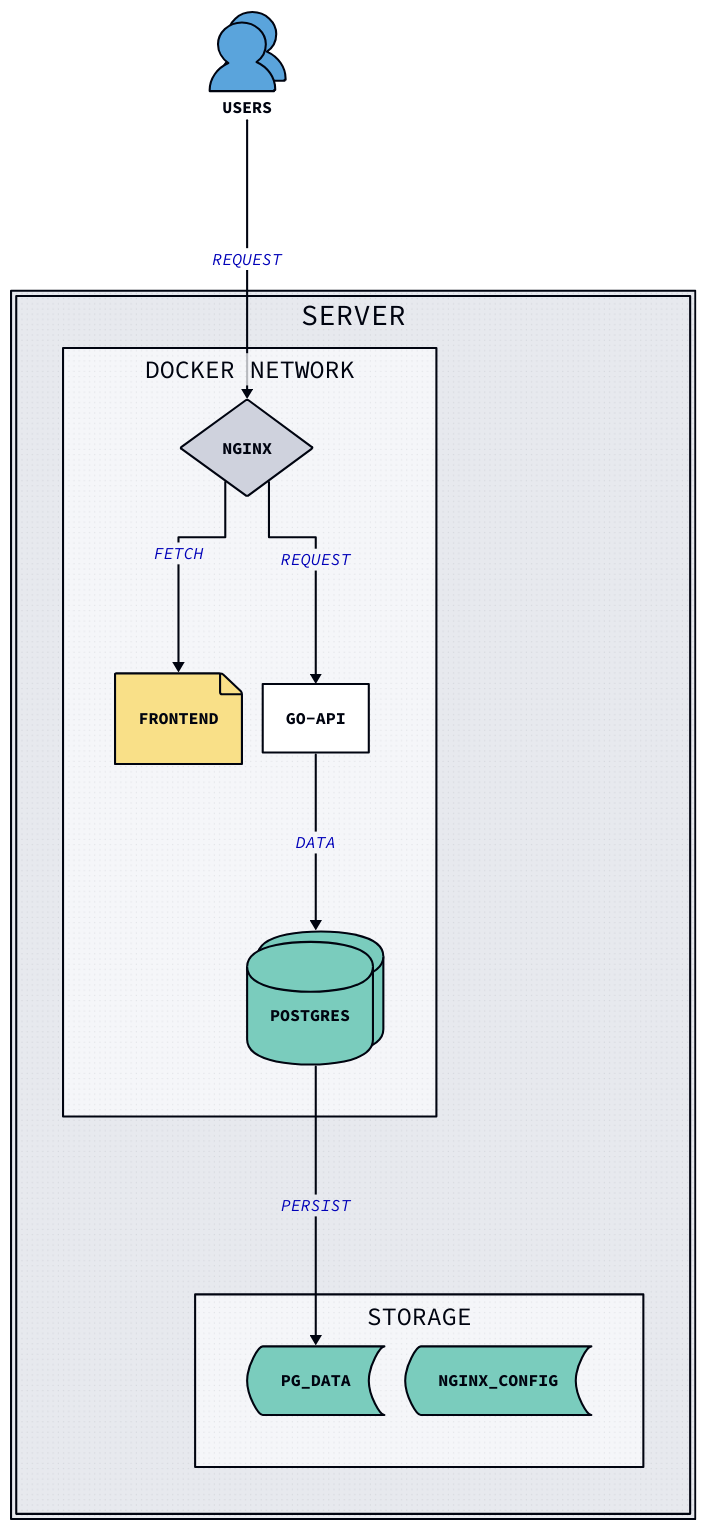
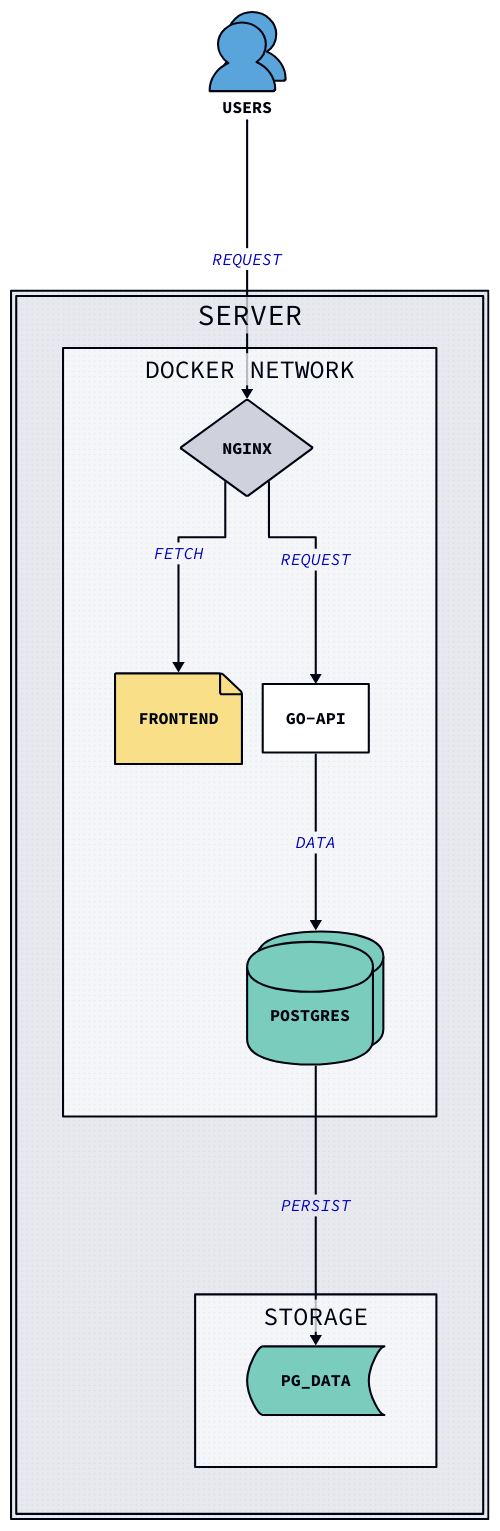
Before and after one commit to jakesmith-101/psychic-waffle: the diagram in plan.d2, drawn with D2.

Commit message:
remove config, redundant info

```diff
--- a/plan.d2
+++ b/plan.d2
@@ -1,46 +1,43 @@
 vars: {
   d2-config: {
     layout-engine: elk
     # Terminal theme code
     theme-id: 300
   }
 }
 
 users: {
   shape: person
   style.multiple: true
 }
 
 server: {
   docker network: {
     nginx: {
       shape: diamond
     }
     frontend: {
       shape: page
     }
     go-api
 
     postgres: {
       shape: cylinder
       style.multiple: true
     }
 
     nginx -> go-api: request
     nginx -> frontend: fetch
     go-api -> postgres: data
   }
 
   storage: {
     pg_data: {
       shape: stored_data
     }
-    nginx_config: {
-      shape: stored_data
-    }
   }
 
   docker network.postgres -> storage.pg_data: persist
 }
 
 users -> server.docker network.nginx: request
```
